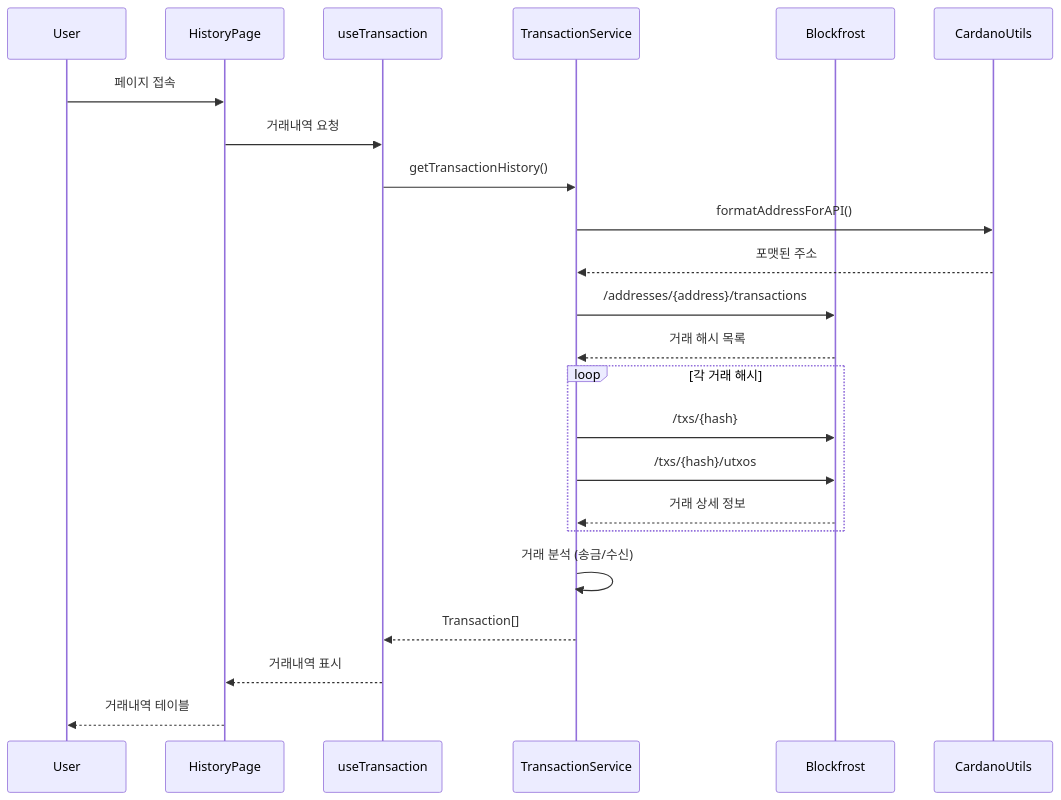
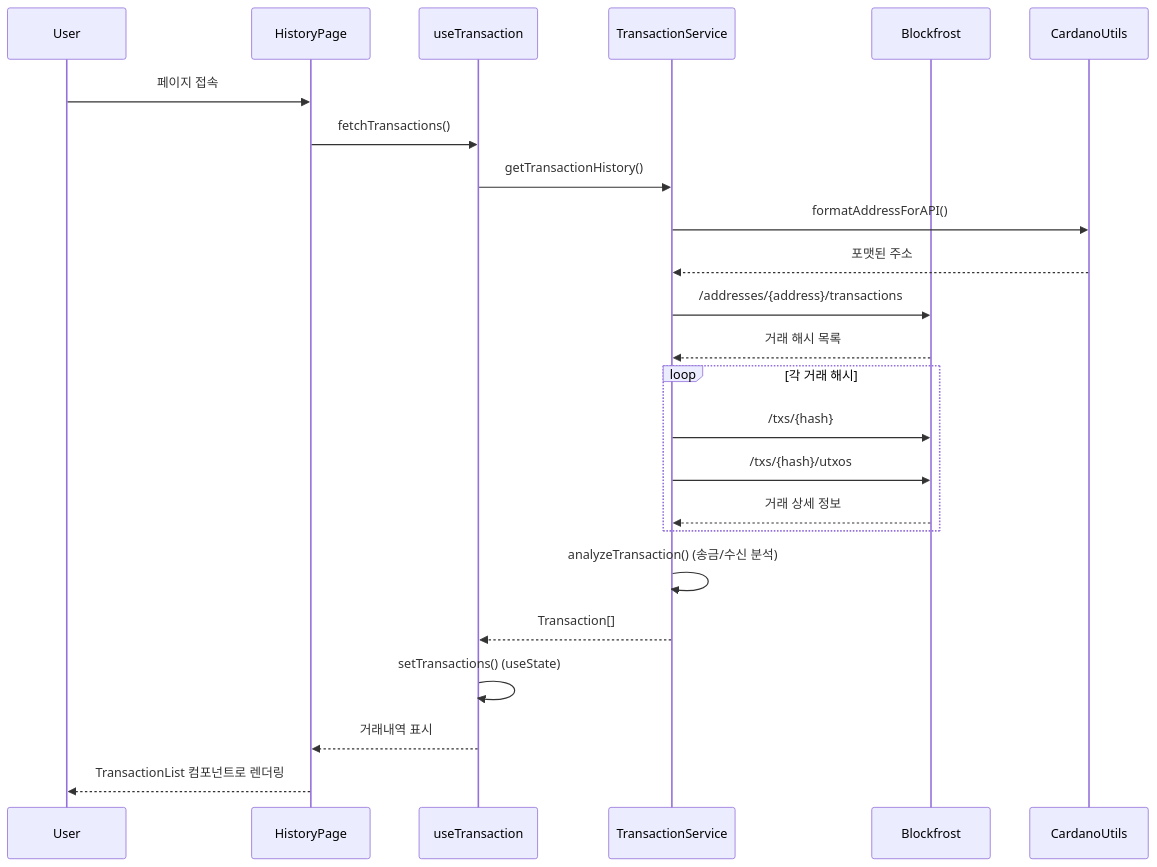
Before and after one commit to HyeonHo-Park/cardano-basic-dapp-1: the first of 7 diagrams in docs/transaction-sequence.md, drawn with Mermaid. The commit also changed other lines of this file and 30 other files, not shown here.

````diff
--- a/docs/transaction-sequence.md
+++ b/docs/transaction-sequence.md
@@ -5,30 +5,31 @@
 ```mermaid
 sequenceDiagram
     participant User
     participant HistoryPage
     participant useTransaction
     participant TransactionService
     participant Blockfrost
     participant CardanoUtils
 
     User->>HistoryPage: 페이지 접속
-    HistoryPage->>useTransaction: 거래내역 요청
+    HistoryPage->>useTransaction: fetchTransactions()
     useTransaction->>TransactionService: getTransactionHistory()
 
     TransactionService->>CardanoUtils: formatAddressForAPI()
     CardanoUtils-->>TransactionService: 포맷된 주소
 
     TransactionService->>Blockfrost: /addresses/{address}/transactions
     Blockfrost-->>TransactionService: 거래 해시 목록
 
     loop 각 거래 해시
         TransactionService->>Blockfrost: /txs/{hash}
         TransactionService->>Blockfrost: /txs/{hash}/utxos
         Blockfrost-->>TransactionService: 거래 상세 정보
     end
 
-    TransactionService->>TransactionService: 거래 분석 (송금/수신)
+    TransactionService->>TransactionService: analyzeTransaction() (송금/수신 분석)
     TransactionService-->>useTransaction: Transaction[]
+    useTransaction->>useTransaction: setTransactions() (useState)
     useTransaction-->>HistoryPage: 거래내역 표시
-    HistoryPage-->>User: 거래내역 테이블
+    HistoryPage-->>User: TransactionList 컴포넌트로 렌더링
 ```
````
